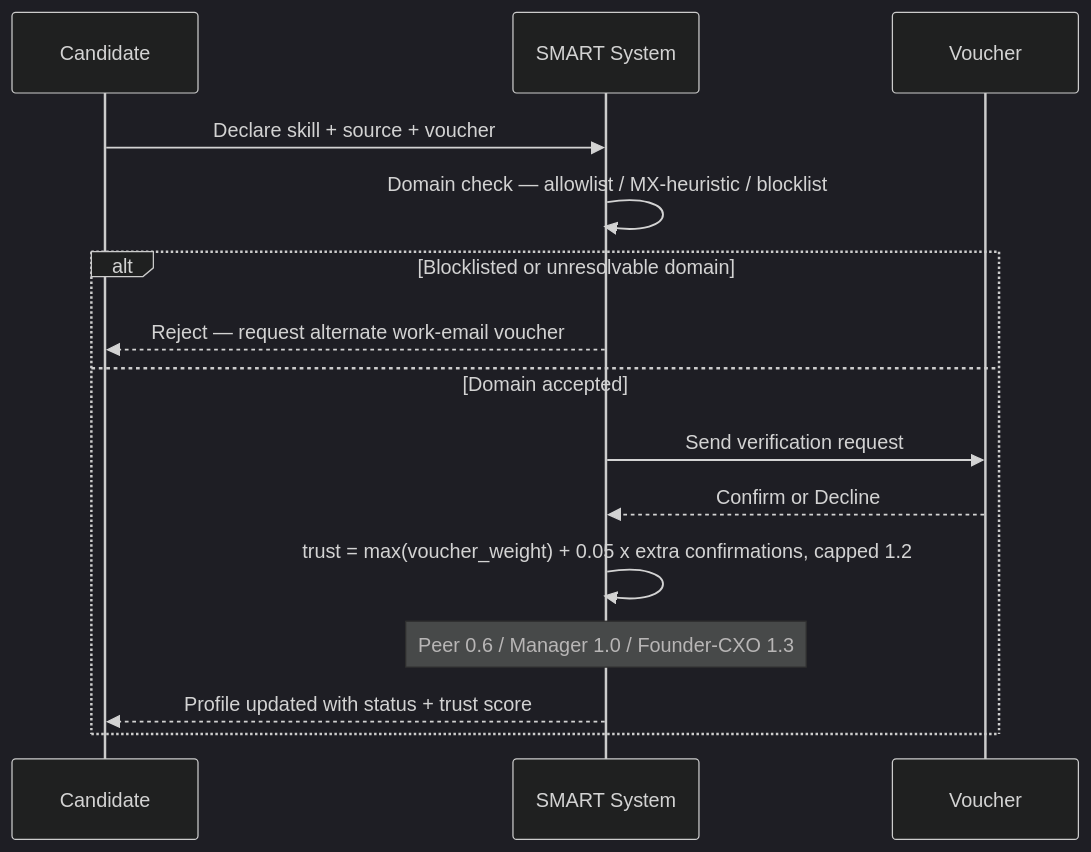
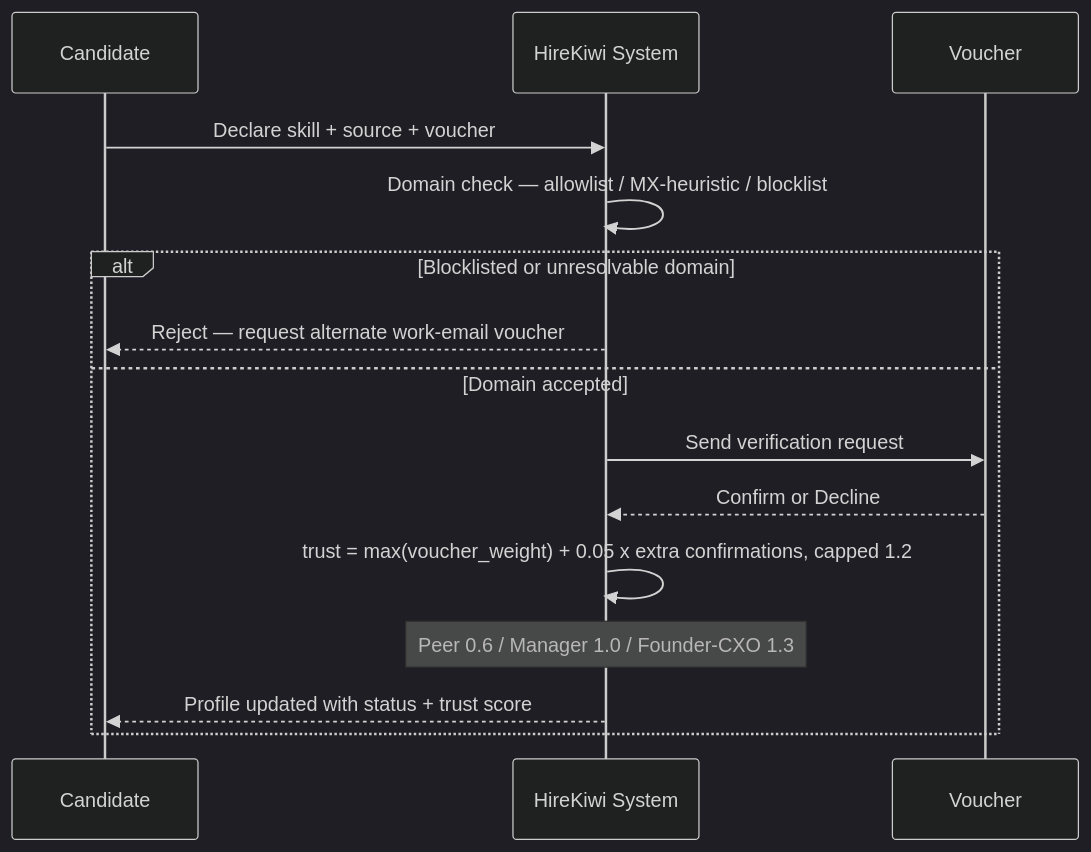
One commit to infinitica-org/HireKiwi changed the fourth of 14 diagrams in apps/web-docs/content/docs/playbooks/HireKiwi_Platform_Playbook.mdx. Above: the diagram before and after it, drawn with Mermaid (dark theme). The commit also changed other lines of this file and 44 other files, not shown here.

First line of the commit message:
refactor(repo): rename SMART product to HireKiwi (8/17)

````diff
--- a/apps/web-docs/content/docs/playbooks/HireKiwi_Platform_Playbook.mdx
+++ b/apps/web-docs/content/docs/playbooks/HireKiwi_Platform_Playbook.mdx
@@ -132,18 +132,18 @@
 ```mermaid
 sequenceDiagram
     participant C as Candidate
-    participant SYS as SMART System
+    participant SYS as HireKiwi System
     participant V as Voucher
 
     C->>SYS: Declare skill + source + voucher
     SYS->>SYS: Domain check — allowlist / MX-heuristic / blocklist
     alt Blocklisted or unresolvable domain
         SYS-->>C: Reject — request alternate work-email voucher
     else Domain accepted
         SYS->>V: Send verification request
         V-->>SYS: Confirm or Decline
         SYS->>SYS: trust = max(voucher_weight) + 0.05 x extra confirmations, capped 1.2
         Note over SYS: Peer 0.6 / Manager 1.0 / Founder-CXO 1.3
         SYS-->>C: Profile updated with status + trust score
     end
 ```
````
